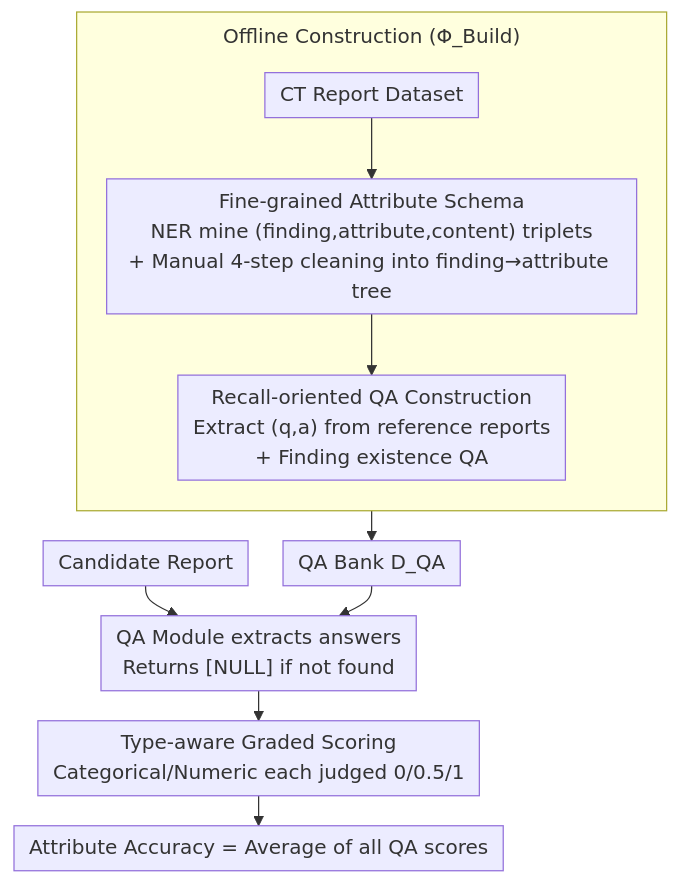
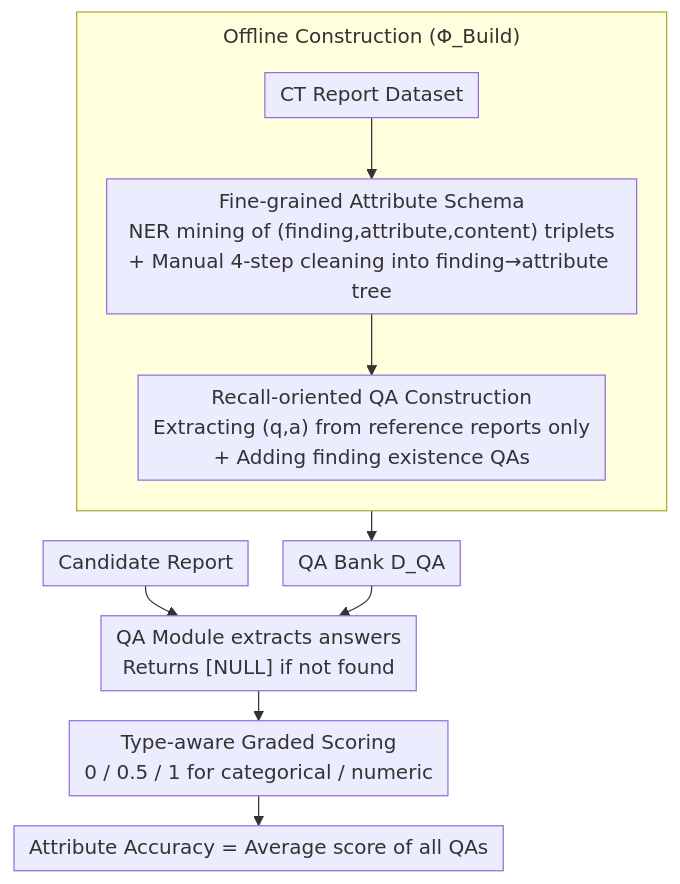
The diagram in docs/ACL2026/medical_nlp/ct-finebench_a_diagnostic_fidelity_benchmark_for_fine-grained_evaluation_of_ct_r.md (zhaoyang97/Paper-Notes-en), drawn with Mermaid before and after one commit. The commit also changed other lines of this file and 5084 other files, not shown here.

````diff
--- a/docs/ACL2026/medical_nlp/ct-finebench_a_diagnostic_fidelity_benchmark_for_fine-grained_evaluation_of_ct_r.md
+++ b/docs/ACL2026/medical_nlp/ct-finebench_a_diagnostic_fidelity_benchmark_for_fine-grained_evaluation_of_ct_r.md
@@ -50,14 +50,14 @@
 ```mermaid
 %%{init: {'flowchart': {'rankSpacing': 24, 'nodeSpacing': 28, 'padding': 6, 'wrappingWidth': 400, 'subGraphTitleMargin': {'top': 8, 'bottom': 16}}}}%%
 flowchart TD
     subgraph BUILD["Offline Construction (Φ_Build)"]
         direction TB
-        A["CT Report Dataset"] --> B["Fine-grained Attribute Schema<br/>NER mine (finding,attribute,content) triplets<br/>+ Manual 4-step cleaning into finding→attribute tree"]
-        B --> C["Recall-oriented QA Construction<br/>Extract (q,a) from reference reports<br/>+ Finding existence QA"]
+        A["CT Report Dataset"] --> B["Fine-grained Attribute Schema<br/>NER mining of (finding,attribute,content) triplets<br/>+ Manual 4-step cleaning into finding→attribute tree"]
+        B --> C["Recall-oriented QA Construction<br/>Extracting (q,a) from reference reports only<br/>+ Adding finding existence QAs"]
     end
     C --> D["QA Bank D_QA"]
     E["Candidate Report"] --> F["QA Module extracts answers<br/>Returns [NULL] if not found"]
     D --> F
-    F --> G["Type-aware Graded Scoring<br/>Categorical/Numeric each judged 0/0.5/1"]
-    G --> H["Attribute Accuracy = Average of all QA scores"]
+    F --> G["Type-aware Graded Scoring<br/>0 / 0.5 / 1 for categorical / numeric"]
+    G --> H["Attribute Accuracy = Average score of all QAs"]
 ```
````
